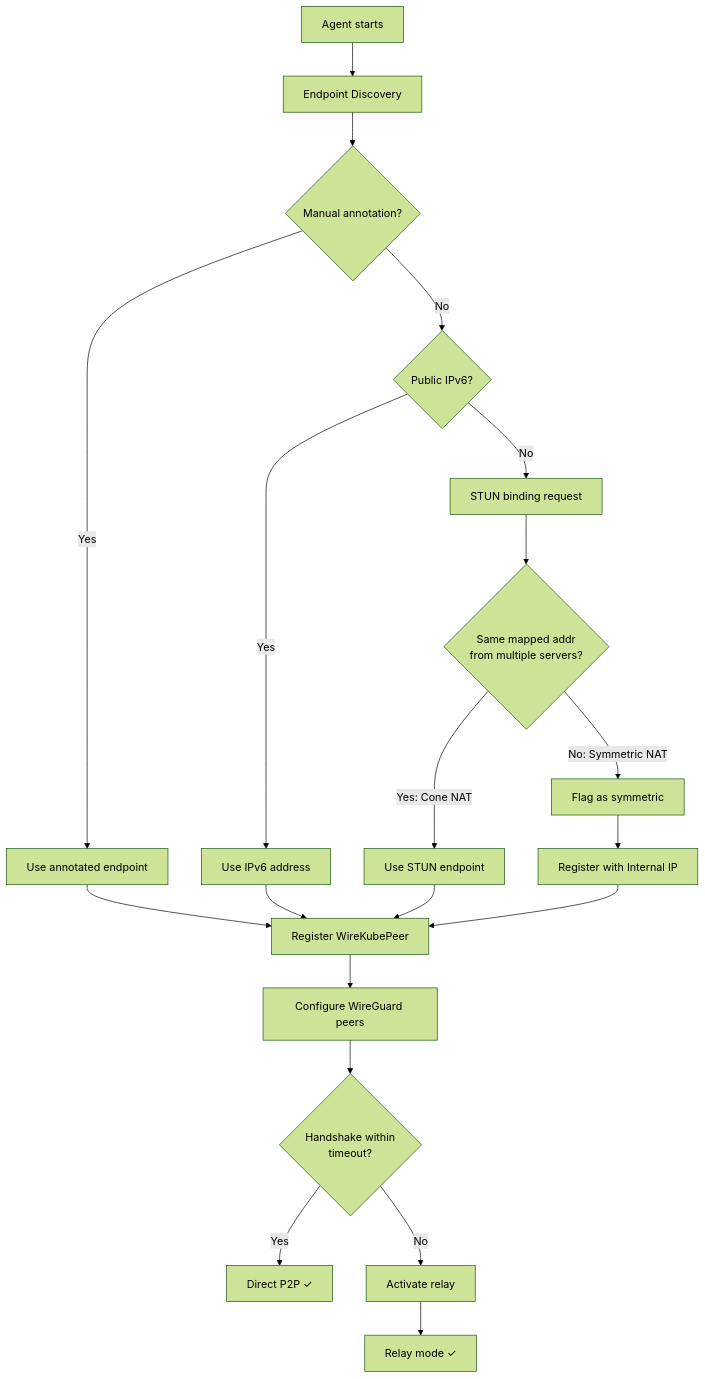
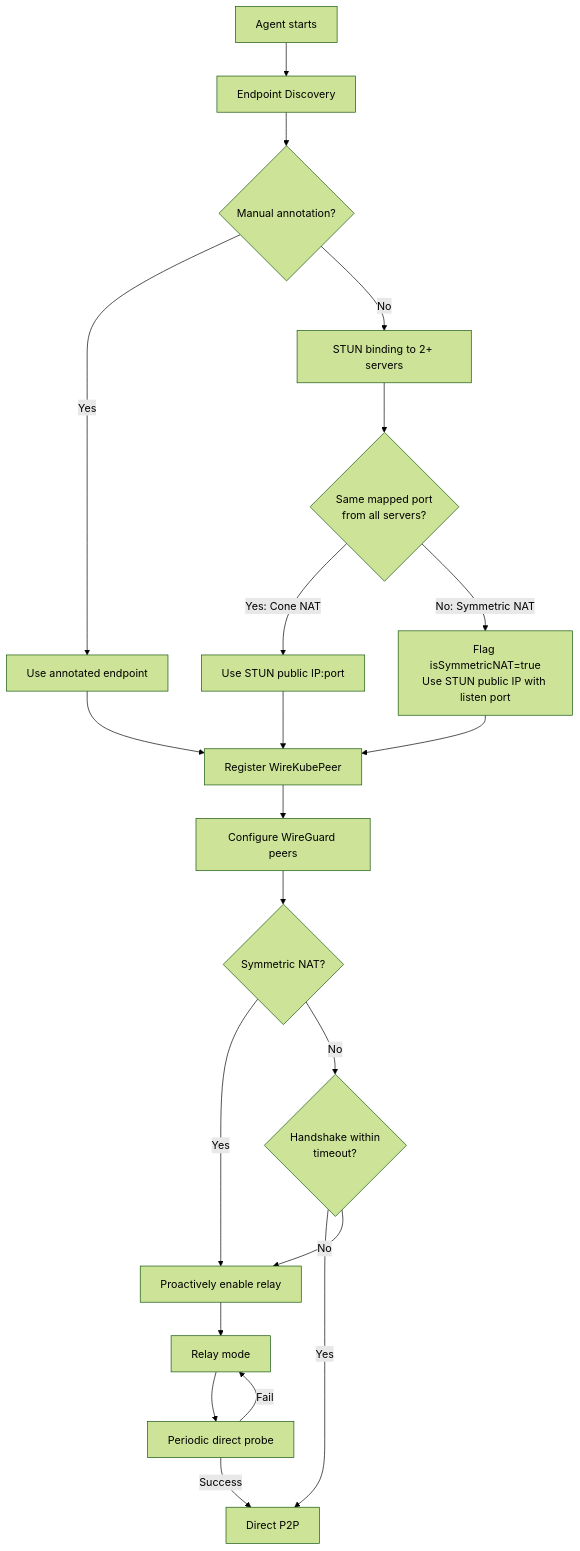
The second of 2 diagrams in docs/architecture/nat-traversal.md (inerplat/wirekube), drawn with Mermaid (forest theme) before and after one commit. The commit also changed other lines of this file and 20 other files, not shown here.

````diff
--- a/docs/architecture/nat-traversal.md
+++ b/docs/architecture/nat-traversal.md
@@ -55,22 +63,23 @@
 ```mermaid
 graph TD
     A[Agent starts] --> B[Endpoint Discovery]
     B --> C{Manual annotation?}
     C -->|Yes| D[Use annotated endpoint]
-    C -->|No| E{Public IPv6?}
-    E -->|Yes| F[Use IPv6 address]
-    E -->|No| G[STUN binding request]
-    G --> H{Same mapped addr<br/>from multiple servers?}
-    H -->|Yes: Cone NAT| I[Use STUN endpoint]
-    H -->|No: Symmetric NAT| J[Flag as symmetric]
-    J --> K[Register with Internal IP]
-    I --> L[Register WireKubePeer]
-    D --> L
-    F --> L
-    K --> L
-    L --> M[Configure WireGuard peers]
-    M --> N{Handshake within<br/>timeout?}
-    N -->|Yes| O[Direct P2P ✓]
-    N -->|No| P[Activate relay]
-    P --> Q[Relay mode ✓]
+    C -->|No| E[STUN binding to 2+ servers]
+    E --> F{Same mapped port<br/>from all servers?}
+    F -->|Yes: Cone NAT| G[Use STUN public IP:port]
+    F -->|No: Symmetric NAT| H[Flag isSymmetricNAT=true<br/>Use STUN public IP with listen port]
+    G --> I[Register WireKubePeer]
+    D --> I
+    H --> I
+    I --> J[Configure WireGuard peers]
+    J --> K{Symmetric NAT?}
+    K -->|Yes| L[Proactively enable relay]
+    K -->|No| M{Handshake within<br/>timeout?}
+    M -->|Yes| N[Direct P2P]
+    M -->|No| L
+    L --> O[Relay mode]
+    O --> P[Periodic direct probe]
+    P -->|Success| N
+    P -->|Fail| O
 ```
````
